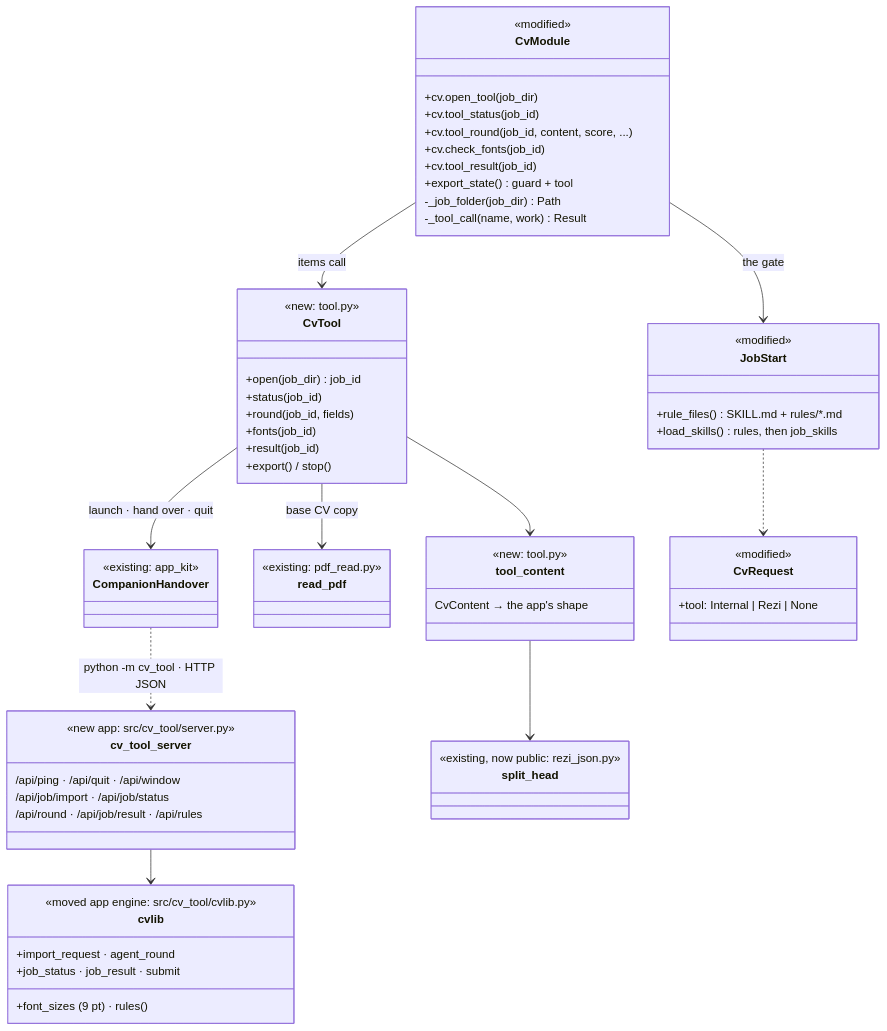
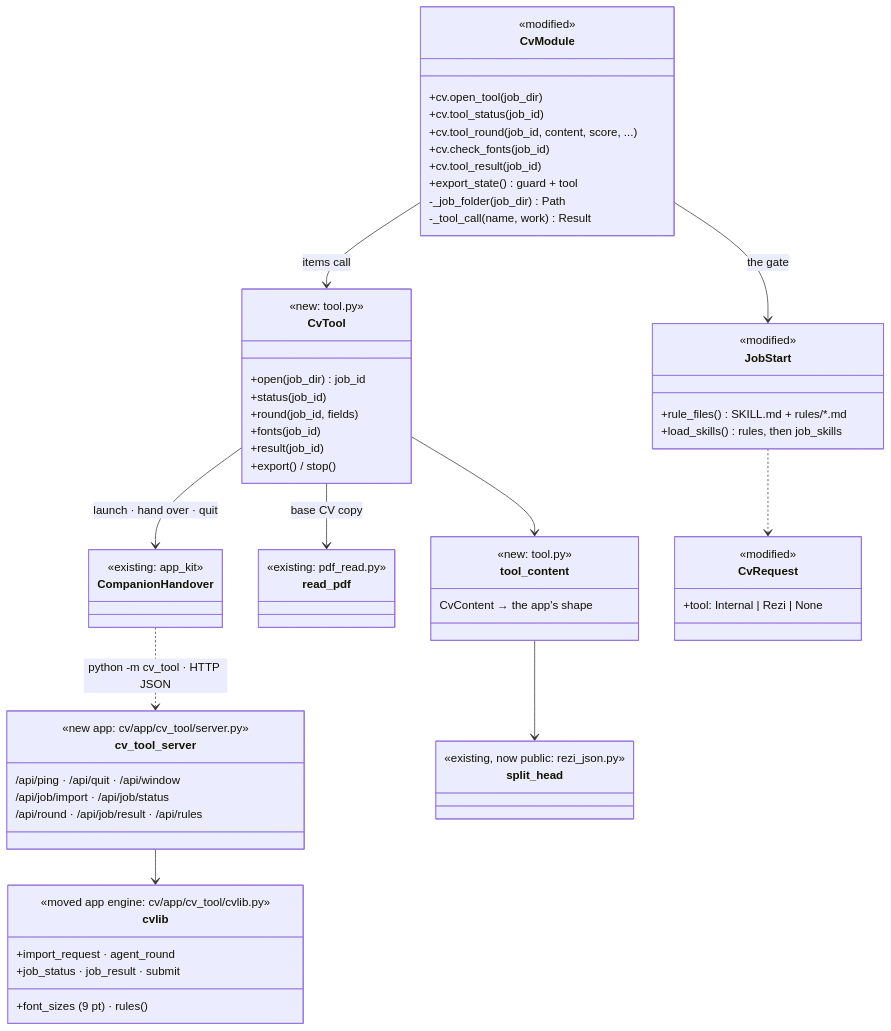
Before and after one commit to sharramon/AI_Assistant: the eighth of 9 diagrams in src/assistant/modules/cv/docs/architecture.md, drawn with Mermaid. The commit also changed other lines of this file and 43 other files, not shown here.

Commit message:
Module folders item 4: the CV Tool app moves into modules/cv/app/cv_tool (the core puts every module's app/ folder on the import path; CompanionApp launches it with that folder on PYTHONPATH; defaults in the module's workspace); tripwires; docs

````diff
--- a/src/assistant/modules/cv/docs/architecture.md
+++ b/src/assistant/modules/cv/docs/architecture.md
@@ -369,66 +369,66 @@
 ```mermaid
 classDiagram
     class CvModule {
         <<modified>>
         +cv.open_tool(job_dir)
         +cv.tool_status(job_id)
         +cv.tool_round(job_id, content, score, ...)
         +cv.check_fonts(job_id)
         +cv.tool_result(job_id)
         +export_state() guard + tool
         -_job_folder(job_dir) Path
         -_tool_call(name, work) Result
     }
     class CvTool {
         <<new: tool.py>>
         +open(job_dir) job_id
         +status(job_id)
         +round(job_id, fields)
         +fonts(job_id)
         +result(job_id)
         +export() / stop()
     }
     class tool_content {
         <<new: tool.py>>
         CvContent → the app's shape
     }
     class CompanionHandover {
         <<existing: app_kit>>
     }
     class JobStart {
         <<modified>>
         +rule_files() SKILL.md + rules/*.md
         +load_skills() rules, then job_skills
     }
     class CvRequest {
         <<modified>>
         +tool: Internal | Rezi | None
     }
     class read_pdf {
         <<existing: pdf_read.py>>
     }
     class split_head {
         <<existing, now public: rezi_json.py>>
     }
     class cv_tool_server {
-        <<new app: src/cv_tool/server.py>>
+        <<new app: cv/app/cv_tool/server.py>>
         /api/ping · /api/quit · /api/window
         /api/job/import · /api/job/status
         /api/round · /api/job/result · /api/rules
     }
     class cvlib {
-        <<moved app engine: src/cv_tool/cvlib.py>>
+        <<moved app engine: cv/app/cv_tool/cvlib.py>>
         +import_request · agent_round
         +job_status · job_result · submit
         +font_sizes (9 pt) · rules()
     }
     CvModule --> CvTool : items call
     CvModule --> JobStart : the gate
     CvTool --> CompanionHandover : launch · hand over · quit
     CvTool --> read_pdf : base CV copy
     CvTool --> tool_content
     tool_content --> split_head
     CompanionHandover ..> cv_tool_server : python -m cv_tool · HTTP JSON
     cv_tool_server --> cvlib
     JobStart ..> CvRequest
 ```
````
